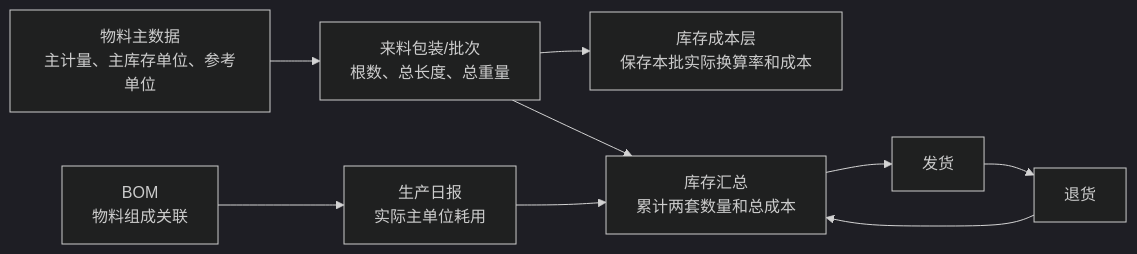
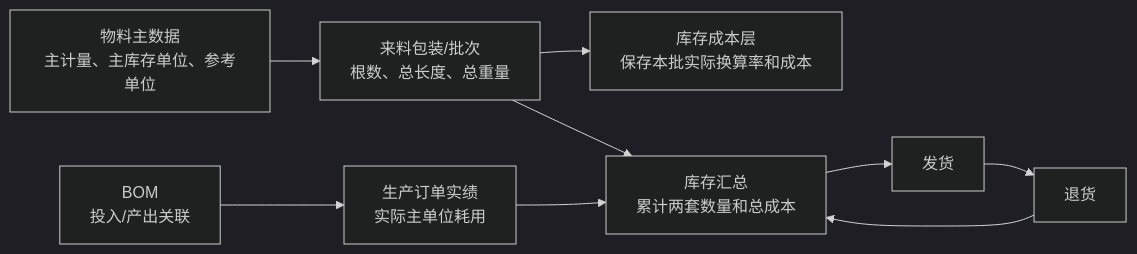
The diagram in docs/minierp/双单位库存与成本核算说明.md (goldf2/mes-lite), drawn with Mermaid (dark theme) before and after one commit. The commit also changed other lines of this file and 38 other files, not shown here.

````diff
--- a/docs/minierp/双单位库存与成本核算说明.md
+++ b/docs/minierp/双单位库存与成本核算说明.md
@@ -79,11 +79,11 @@
 ```mermaid
 flowchart LR
     M["物料主数据<br/>主计量、主库存单位、参考单位"] --> I["来料包装/批次<br/>根数、总长度、总重量"]
     I --> L["库存成本层<br/>保存本批实际换算率和成本"]
     I --> S["库存汇总<br/>累计两套数量和总成本"]
-    B["BOM<br/>物料组成关联"] --> D["生产日报<br/>实际主单位耗用"]
+    B["BOM<br/>投入/产出关联"] --> D["生产订单实绩<br/>实际主单位耗用"]
     D --> S
     S --> H["发货"]
     H --> R["退货"]
     R --> S
 ```
````
